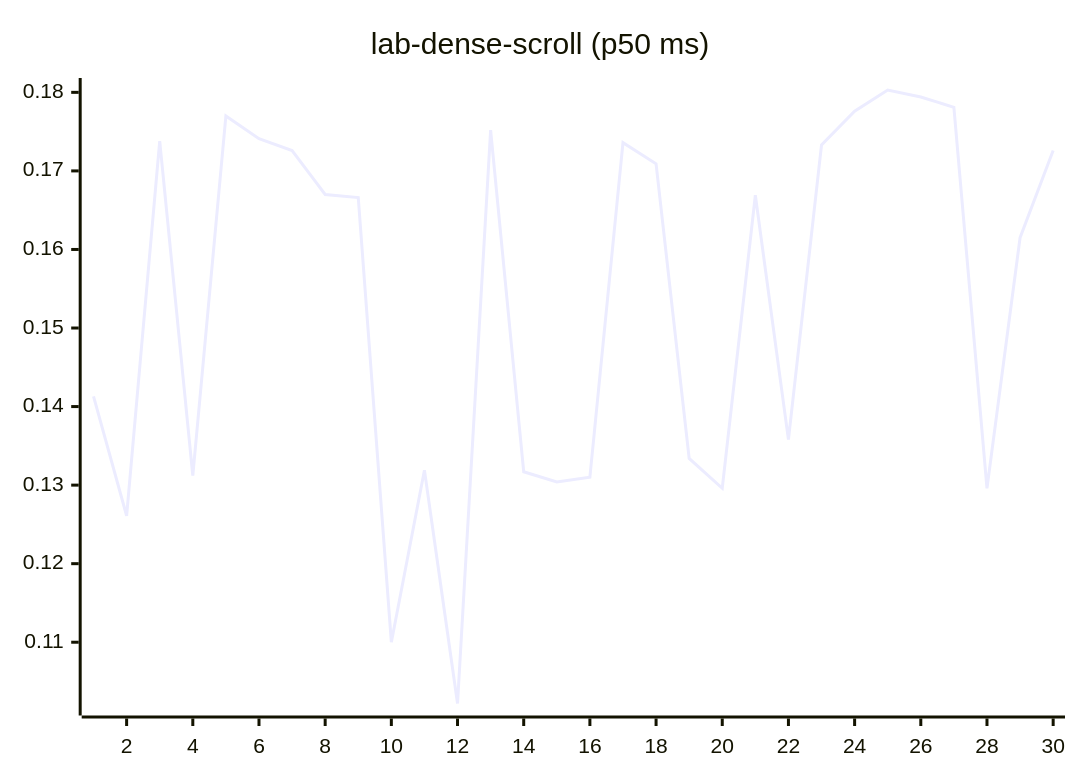
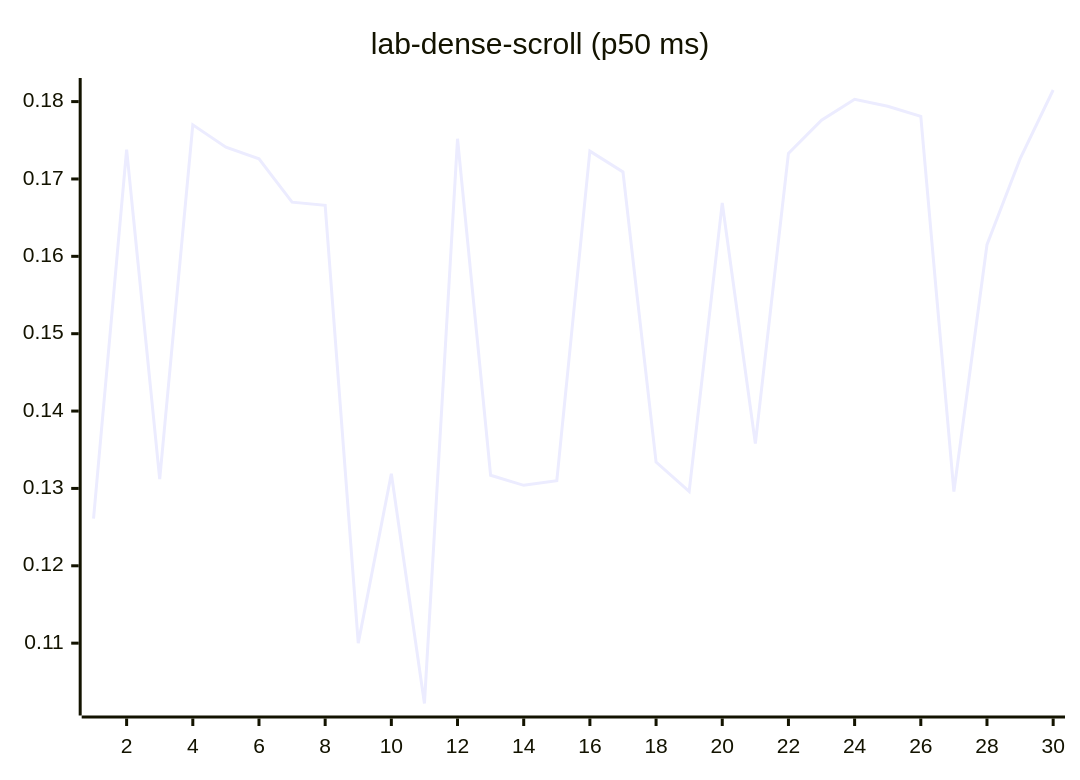
Diagram 12 of 27 in README.md (josha/Facet), drawn with Mermaid before and after one commit. The commit also changed other lines of this file and 2 other files, not shown here.

````diff
--- a/README.md
+++ b/README.md
@@ -140,6 +140,6 @@
 ```mermaid
 xychart-beta
     title "lab-dense-scroll (p50 ms)"
     x-axis 1 --> 30
-    line [0.1413, 0.1261, 0.1738, 0.1312, 0.1770, 0.1741, 0.1726, 0.1670, 0.1666, 0.1100, 0.1319, 0.1022, 0.1752, 0.1317, 0.1304, 0.1310, 0.1736, 0.1709, 0.1334, 0.1296, 0.1669, 0.1358, 0.1733, 0.1776, 0.1803, 0.1794, 0.1781, 0.1296, 0.1615, 0.1726]
+    line [0.1261, 0.1738, 0.1312, 0.1770, 0.1741, 0.1726, 0.1670, 0.1666, 0.1100, 0.1319, 0.1022, 0.1752, 0.1317, 0.1304, 0.1310, 0.1736, 0.1709, 0.1334, 0.1296, 0.1669, 0.1358, 0.1733, 0.1776, 0.1803, 0.1794, 0.1781, 0.1296, 0.1615, 0.1726, 0.1815]
 ```
````
